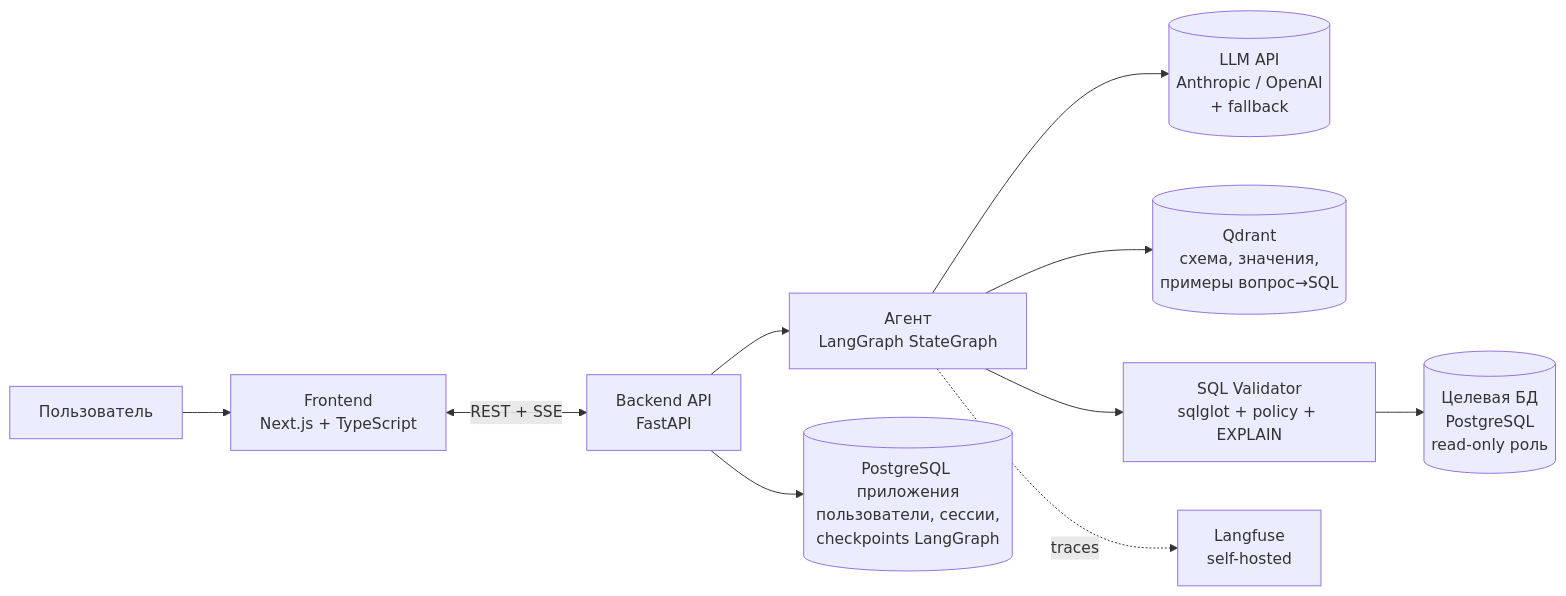
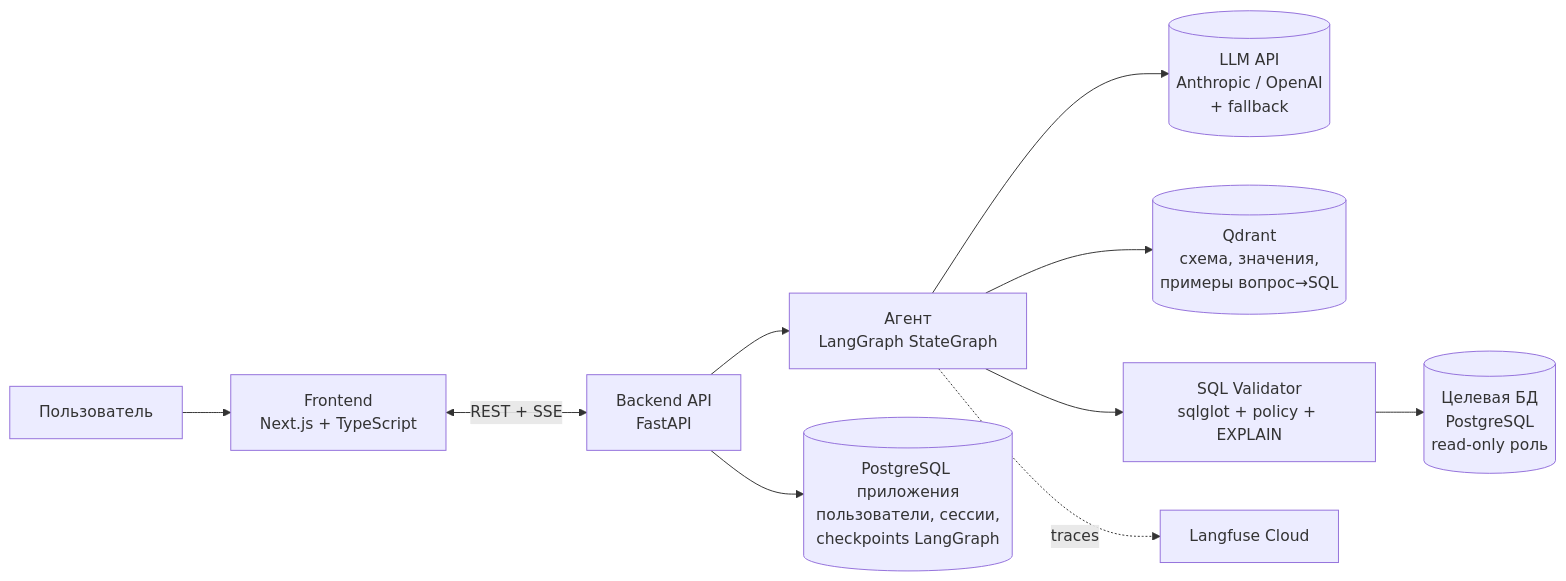
One commit to Abegerov4/Suhbat2DB changed the first of 2 diagrams in README.md. Above: the diagram before and after it, drawn with Mermaid. The commit also changed other lines of this file and 57 other files, not shown here.

First line of the commit message:
Add LangGraph agent with schema linking and clarification (role 5: AI Agent)

````diff
--- a/README.md
+++ b/README.md
@@ -79,14 +79,14 @@
 ```mermaid
 flowchart LR
     U[Пользователь] --> FE[Frontend<br/>Next.js + TypeScript]
     FE <-->|REST + SSE| API[Backend API<br/>FastAPI]
     API --> AG[Агент<br/>LangGraph StateGraph]
 
     AG --> LLM[(LLM API<br/>Anthropic / OpenAI<br/>+ fallback)]
     AG --> VEC[(Qdrant<br/>схема, значения,<br/>примеры вопрос→SQL)]
     AG --> VAL[SQL Validator<br/>sqlglot + policy + EXPLAIN]
     VAL --> SBX[(Целевая БД<br/>PostgreSQL<br/>read-only роль)]
 
     API --> APPDB[(PostgreSQL приложения<br/>пользователи, сессии,<br/>checkpoints LangGraph)]
-    AG -.traces.-> LF[Langfuse<br/>self-hosted]
+    AG -.traces.-> LF[Langfuse Cloud]
 ```
````
